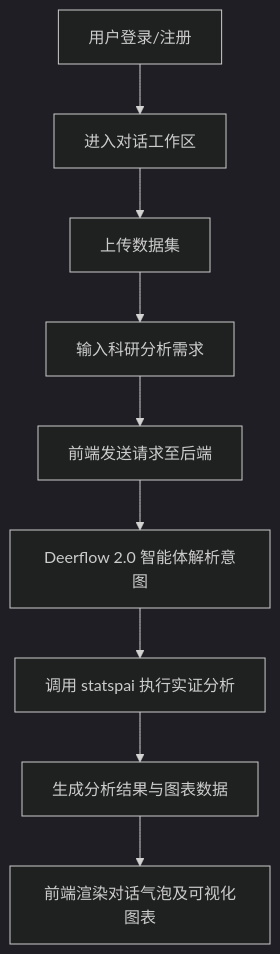
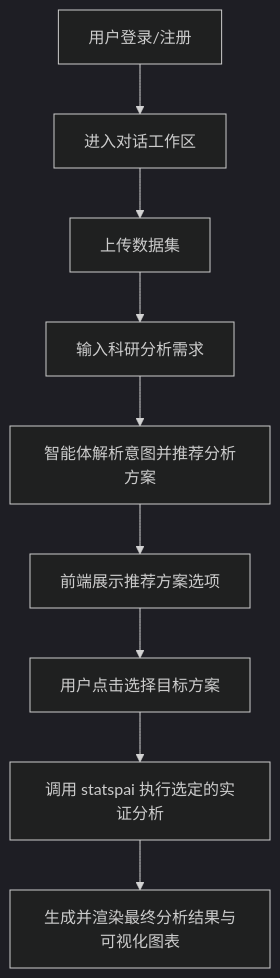
Before and after one commit to ZhangMochen1314/ZhangMochen1314: the diagram in .trae/documents/prd.md, drawn with Mermaid (dark theme). The commit also changed other lines of this file and 2 other files, not shown here.

Commit message:
feat: 创建科研对话应用

````diff
--- a/.trae/documents/prd.md
+++ b/.trae/documents/prd.md
@@ -32,11 +37,11 @@
 ```mermaid
 graph TD
     A["用户登录/注册"] --> B["进入对话工作区"]
     B --> C["上传数据集"]
     C --> D["输入科研分析需求"]
-    D --> E["前端发送请求至后端"]
-    E --> F["Deerflow 2.0 智能体解析意图"]
-    F --> G["调用 statspai 执行实证分析"]
-    G --> H["生成分析结果与图表数据"]
-    H --> I["前端渲染对话气泡及可视化图表"]
+    D --> E["智能体解析意图并推荐分析方案"]
+    E --> F["前端展示推荐方案选项"]
+    F --> G["用户点击选择目标方案"]
+    G --> H["调用 statspai 执行选定的实证分析"]
+    H --> I["生成并渲染最终分析结果与可视化图表"]
 ```
````
